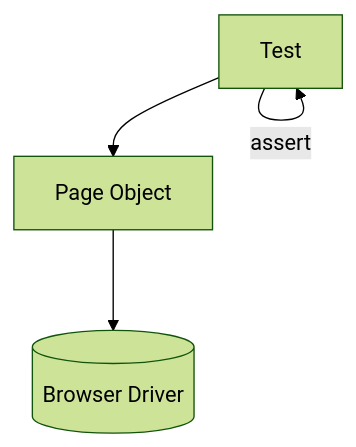
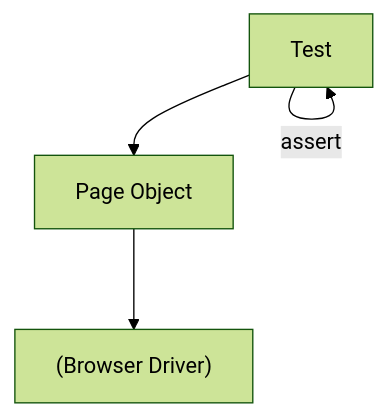
The diagram in src/content/docs/Software Testing and Quality/Phase 5 - API & Web Testing Automation/The Page Object Model (POM) Pattern.mdx (Ravikisha/PythonCentralHub), drawn with Mermaid (forest theme) before and after one commit. The commit also changed 610 other files, not shown here.

````diff
--- a/src/content/docs/Software Testing and Quality/Phase 5 - API & Web Testing Automation/The Page Object Model (POM) Pattern.mdx
+++ b/src/content/docs/Software Testing and Quality/Phase 5 - API & Web Testing Automation/The Page Object Model (POM) Pattern.mdx
@@ -27,6 +27,6 @@
 ```mermaid
 graph TD
 T[Test] --> P[Page Object]
-P --> B[(Browser Driver)]
+P --> B["(Browser Driver)"]
 T -->|assert| T
 ```
````
